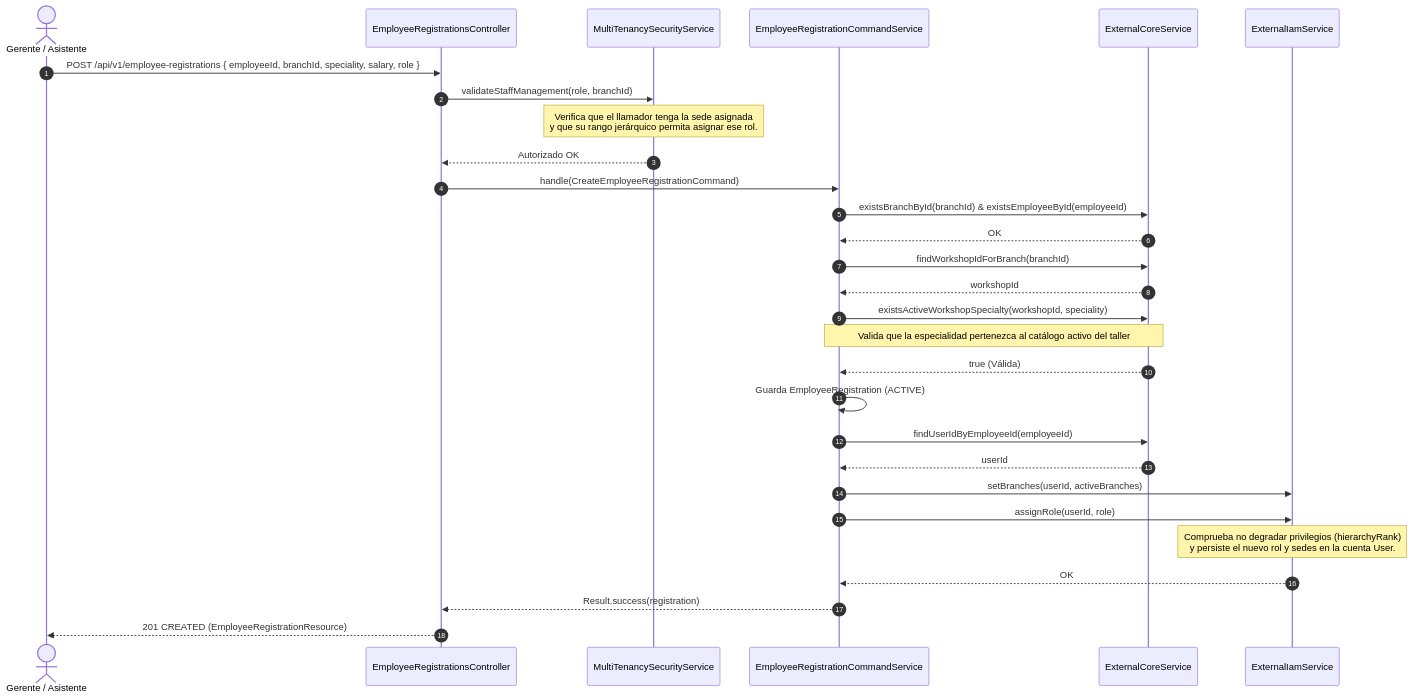
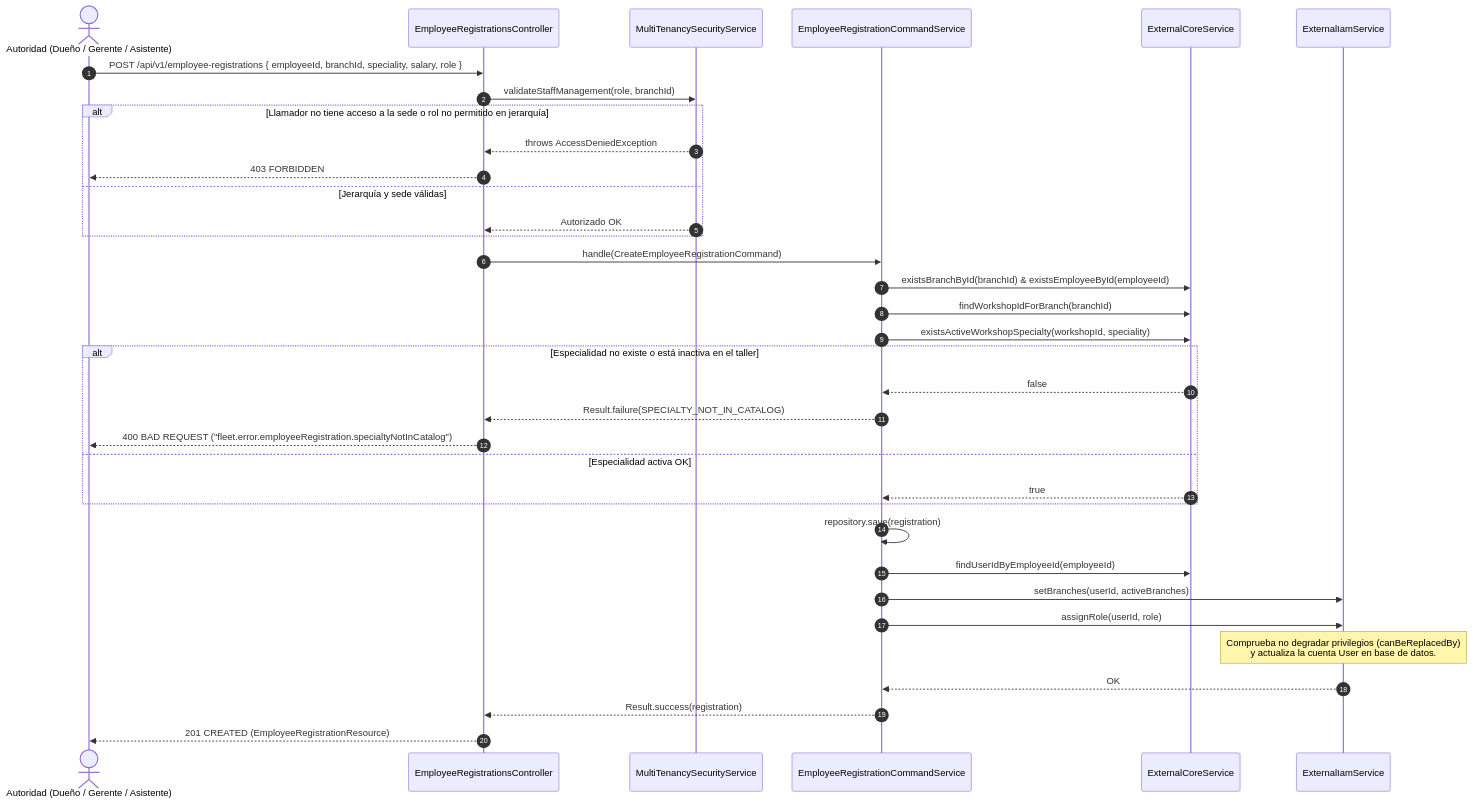
One commit to tux-logic/shiftiq-platform changed the second of 2 diagrams in docs/auth-and-roles-flow.md. Above: the diagram before and after it, drawn with Mermaid. The commit also changed other lines of this file, not shown here.

Commit message:
docs: enrich hierarchical staff addition workflow and error matrix

````diff
--- a/docs/auth-and-roles-flow.md
+++ b/docs/auth-and-roles-flow.md
@@ -207,35 +343,41 @@
 ```mermaid
 sequenceDiagram
     autonumber
-    actor Gerente as Gerente / Asistente
+    actor Jefe as Autoridad (Dueño / Gerente / Asistente)
     participant API as EmployeeRegistrationsController
     participant Sec as MultiTenancySecurityService
     participant Fleet as EmployeeRegistrationCommandService
     participant Core as ExternalCoreService
     participant IAM as ExternalIamService
 
-    Gerente->>API: POST /api/v1/employee-registrations { employeeId, branchId, speciality, salary, role }
+    Jefe->>API: POST /api/v1/employee-registrations { employeeId, branchId, speciality, salary, role }
     API->>Sec: validateStaffManagement(role, branchId)
-    Note over Sec: Verifica que el llamador tenga la sede asignada<br/>y que su rango jerárquico permita asignar ese rol.
-    Sec-->>API: Autorizado OK
+    alt Llamador no tiene acceso a la sede o rol no permitido en jerarquía
+        Sec-->>API: throws AccessDeniedException
+        API-->>Jefe: 403 FORBIDDEN
+    else Jerarquía y sede válidas
+        Sec-->>API: Autorizado OK
+    end
 
     API->>Fleet: handle(CreateEmployeeRegistrationCommand)
     Fleet->>Core: existsBranchById(branchId) & existsEmployeeById(employeeId)
-    Core-->>Fleet: OK
     Fleet->>Core: findWorkshopIdForBranch(branchId)
-    Core-->>Fleet: workshopId
     Fleet->>Core: existsActiveWorkshopSpecialty(workshopId, speciality)
-    Note over Fleet,Core: Valida que la especialidad pertenezca al catálogo activo del taller
-    Core-->>Fleet: true (Válida)
+    alt Especialidad no existe o está inactiva en el taller
+        Core-->>Fleet: false
+        Fleet-->>API: Result.failure(SPECIALTY_NOT_IN_CATALOG)
+        API-->>Jefe: 400 BAD REQUEST ("fleet.error.employeeRegistration.specialtyNotInCatalog")
+    else Especialidad activa OK
+        Core-->>Fleet: true
+    end
 
-    Fleet->>Fleet: Guarda EmployeeRegistration (ACTIVE)
+    Fleet->>Fleet: repository.save(registration)
     Fleet->>Core: findUserIdByEmployeeId(employeeId)
-    Core-->>Fleet: userId
     Fleet->>IAM: setBranches(userId, activeBranches)
     Fleet->>IAM: assignRole(userId, role)
-    Note over IAM: Comprueba no degradar privilegios (hierarchyRank)<br/>y persiste el nuevo rol y sedes en la cuenta User.
+    Note over IAM: Comprueba no degradar privilegios (canBeReplacedBy)<br/>y actualiza la cuenta User en base de datos.
     IAM-->>Fleet: OK
 
     Fleet-->>API: Result.success(registration)
-    API-->>Gerente: 201 CREATED (EmployeeRegistrationResource)
+    API-->>Jefe: 201 CREATED (EmployeeRegistrationResource)
 ```
````
